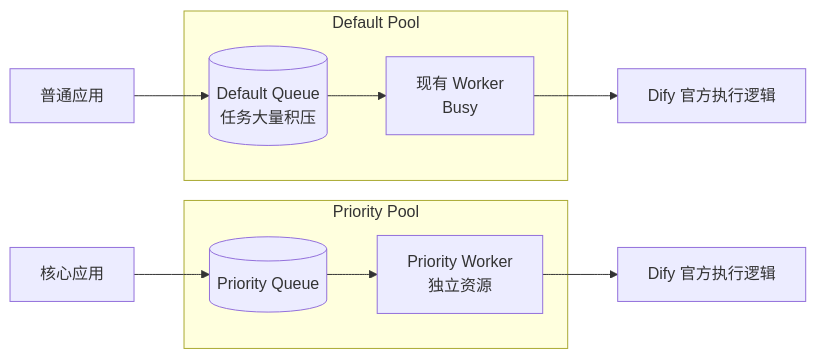
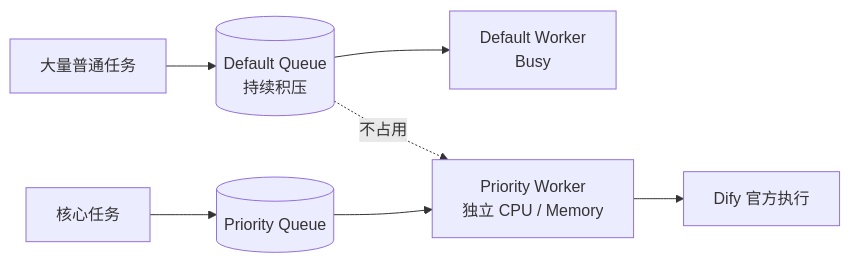
One commit to sgfd-ui/internship changed the fifth of 8 diagrams in weekly-report/dify-execution-engine-isolation-plan.md. Above: the diagram before and after it, drawn with Mermaid. The commit also changed other lines of this file, not shown here.

Commit message:
docs: restructure Dify execution isolation plan

````diff
--- a/weekly-report/dify-execution-engine-isolation-plan.md
+++ b/weekly-report/dify-execution-engine-isolation-plan.md
@@ -94,20 +165,11 @@
 ```mermaid
 flowchart LR
-    subgraph D[Default Pool]
-        DQ[(Default Queue<br/>任务大量积压)]
-        DW[现有 Worker<br/>Busy]
-        DQ --> DW
-    end
+    A[大量普通任务] --> DQ[(Default Queue<br/>持续积压)]
+    DQ --> DW[Default Worker<br/>Busy]
 
-    subgraph P[Priority Pool]
-        PQ[(Priority Queue)]
-        PW[Priority Worker<br/>独立资源]
-        PQ --> PW
-    end
+    B[核心任务] --> PQ[(Priority Queue)]
+    PQ --> PW[Priority Worker<br/>独立 CPU / Memory]
+    PW --> E[Dify 官方执行]
 
-    A[普通应用] --> DQ
-    B[核心应用] --> PQ
-
-    DW --> E1[Dify 官方执行逻辑]
-    PW --> E2[Dify 官方执行逻辑]
+    DQ -.不占用.-> PW
 ```
````
